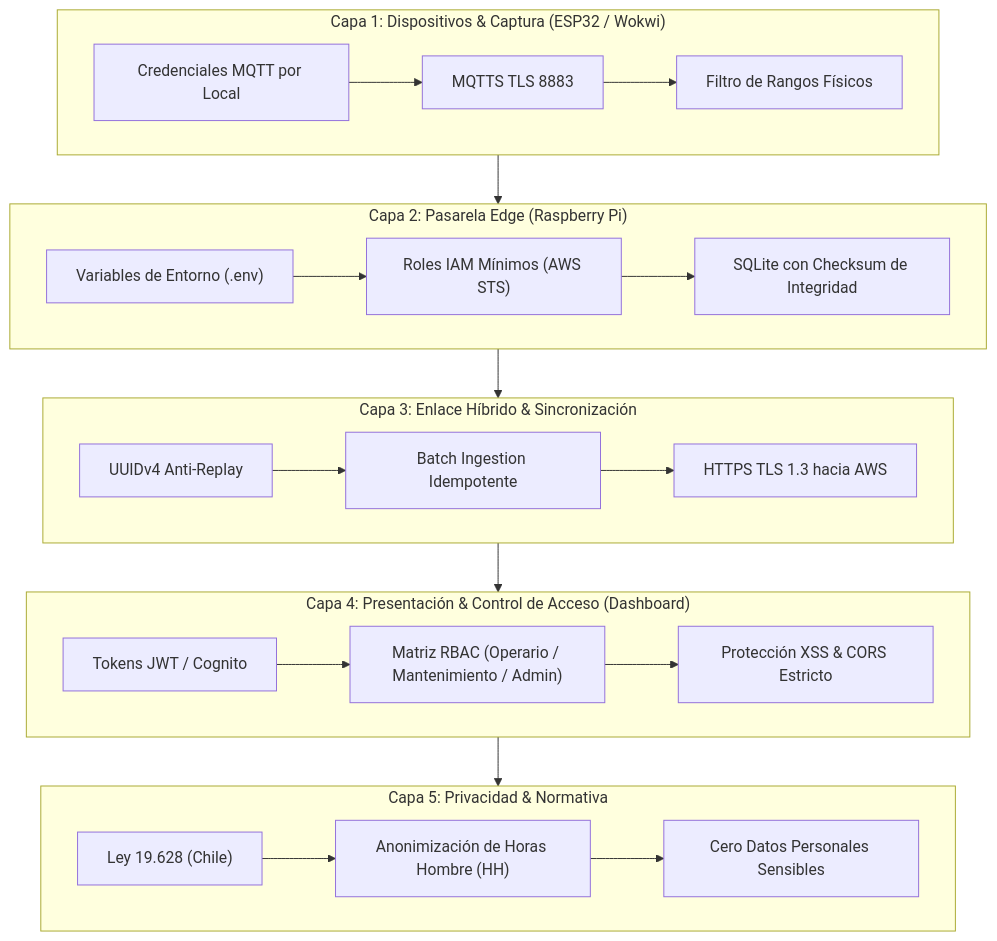
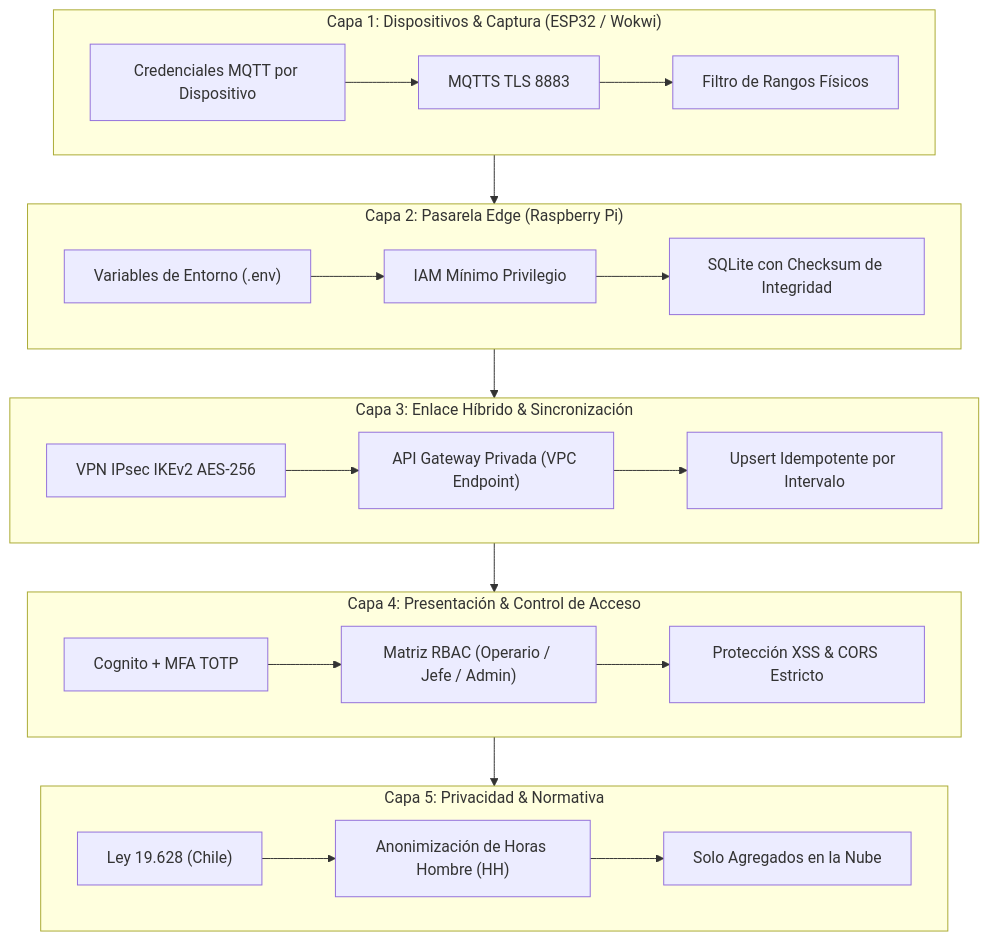
The diagram in docs/ciberseguridad.md (Aburahamu20/Induplac), drawn with Mermaid before and after one commit. The commit also changed other lines of this file and 2 other files, not shown here.

````diff
--- a/docs/ciberseguridad.md
+++ b/docs/ciberseguridad.md
@@ -30,29 +30,29 @@
 ```mermaid
 flowchart TD
     subgraph C1["Capa 1: Dispositivos & Captura (ESP32 / Wokwi)"]
-        A1["Credenciales MQTT por Local"] --> A2["MQTTS TLS 8883"]
+        A1["Credenciales MQTT por Dispositivo"] --> A2["MQTTS TLS 8883"]
         A2 --> A3["Filtro de Rangos Físicos"]
     end
 
     subgraph C2["Capa 2: Pasarela Edge (Raspberry Pi)"]
-        B1["Variables de Entorno (.env)"] --> B2["Roles IAM Mínimos (AWS STS)"]
+        B1["Variables de Entorno (.env)"] --> B2["IAM Mínimo Privilegio"]
         B2 --> B3["SQLite con Checksum de Integridad"]
     end
 
     subgraph C3["Capa 3: Enlace Híbrido & Sincronización"]
-        C1_["UUIDv4 Anti-Replay"] --> C2_["Batch Ingestion Idempotente"]
-        C2_["Batch Ingestion Idempotente"] --> C3_["HTTPS TLS 1.3 hacia AWS"]
+        C1_["VPN IPsec IKEv2 AES-256"] --> C2_["API Gateway Privada (VPC Endpoint)"]
+        C2_ --> C3_["Upsert Idempotente por Intervalo"]
     end
 
-    subgraph C4["Capa 4: Presentación & Control de Acceso (Dashboard)"]
-        D1["Tokens JWT / Cognito"] --> D2["Matriz RBAC (Operario / Mantenimiento / Admin)"]
+    subgraph C4["Capa 4: Presentación & Control de Acceso"]
+        D1["Cognito + MFA TOTP"] --> D2["Matriz RBAC (Operario / Jefe / Admin)"]
         D2 --> D3["Protección XSS & CORS Estricto"]
     end
 
     subgraph C5["Capa 5: Privacidad & Normativa"]
         E1["Ley 19.628 (Chile)"] --> E2["Anonimización de Horas Hombre (HH)"]
-        E2 --> E3["Cero Datos Personales Sensibles"]
+        E2 --> E3["Solo Agregados en la Nube"]
     end
 
     C1 --> C2 --> C3 --> C4 --> C5
 ```
````
